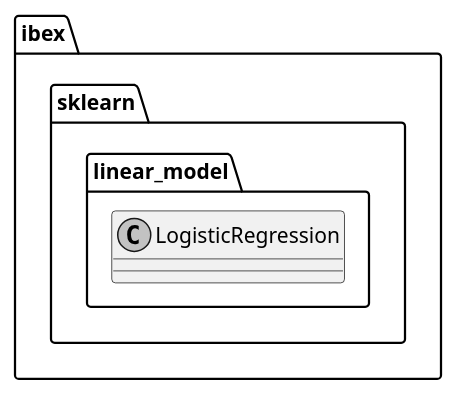
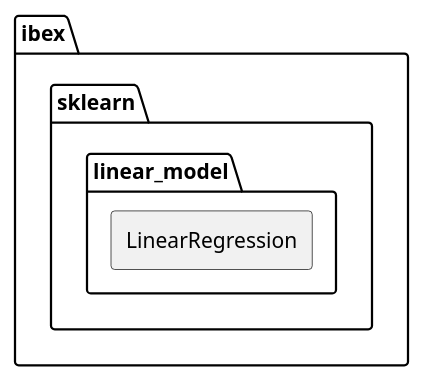
One commit to atavory/atavory.github.io changed the diagram in ibex_pres/ibex_layer_1_sklearn_linear_model.plantuml. Above: the diagram before and after it, drawn with PlantUML. The commit also changed other lines of this file and 11 other files, not shown here.

```diff
--- a/ibex_pres/ibex_layer_1_sklearn_linear_model.plantuml
+++ b/ibex_pres/ibex_layer_1_sklearn_linear_model.plantuml
@@ -1,13 +2,21 @@
 @startuml
 
 skinparam monochrome true
 skinparam shadowing false
 
 
-package ibex.sklearn.linear_model {
-    class LogisticRegression {
+package ibex {
 
+    package sklearn {
+        
+        package linear_model {
+
+            rectangle LinearRegression {
+
+            }
+        }
     }
+
 }
 
 @enduml
```
